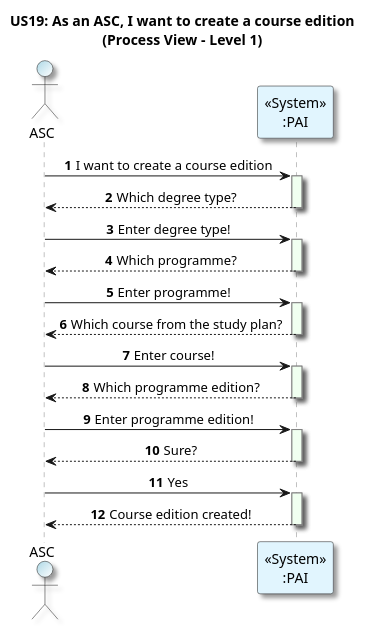
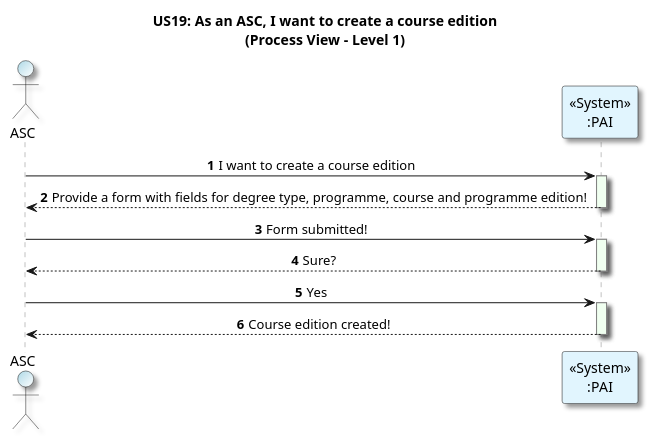
The diagram in docs/US19/Sprint7_RestAPI/ProcessView/Level1Granularity.puml (GasparISEP/DevOps-PAI), drawn with PlantUML before and after one commit.

Commit message:
[docs]: update Level1Granularity.puml to streamline user interaction flow by consolidating input prompts into a single form submission #708 #710

```diff
--- a/docs/US19/Sprint7_RestAPI/ProcessView/Level1Granularity.puml
+++ b/docs/US19/Sprint7_RestAPI/ProcessView/Level1Granularity.puml
@@ -1,48 +1,36 @@
 @startuml
 title US19: As an ASC, I want to create a course edition\n(Process View – Level 1)
 autonumber
 
 skinparam {
   ActivityPadding 2
   ActivityMargin 2
   BoxPadding 2
 }
 skinparam sequence {
     LifeLineBorderColor Grey
     LifeLineBackgroundColor HoneyDew
 }
 skinparam defaultTextAlignment center
 skinparam shadowing true
 
 actor ASC  #LightBlue/White
 participant "<<System>>\n:PAI" as SYSTEM #E1F5FE
 
 ASC -> SYSTEM: I want to create a course edition
 activate SYSTEM
-SYSTEM --> ASC: Which degree type?
+
+SYSTEM --> ASC: Provide a form with fields for degree type, programme, course and programme edition!
 deactivate SYSTEM
 
-ASC -> SYSTEM: Enter degree type!
-activate SYSTEM
-SYSTEM --> ASC: Which programme?
-deactivate SYSTEM
-
-ASC -> SYSTEM: Enter programme!
-activate SYSTEM
-SYSTEM --> ASC: Which course from the study plan?
-deactivate SYSTEM
-ASC -> SYSTEM: Enter course!
-activate SYSTEM
-SYSTEM --> ASC: Which programme edition?
-deactivate SYSTEM
-ASC -> SYSTEM: Enter programme edition!
+ASC -> SYSTEM: Form submitted!
 activate SYSTEM
 SYSTEM --> ASC: Sure?
 deactivate SYSTEM
 
 ASC -> SYSTEM: Yes
 activate SYSTEM
 SYSTEM --> ASC: Course edition created!
 deactivate SYSTEM
 
 @enduml
```
